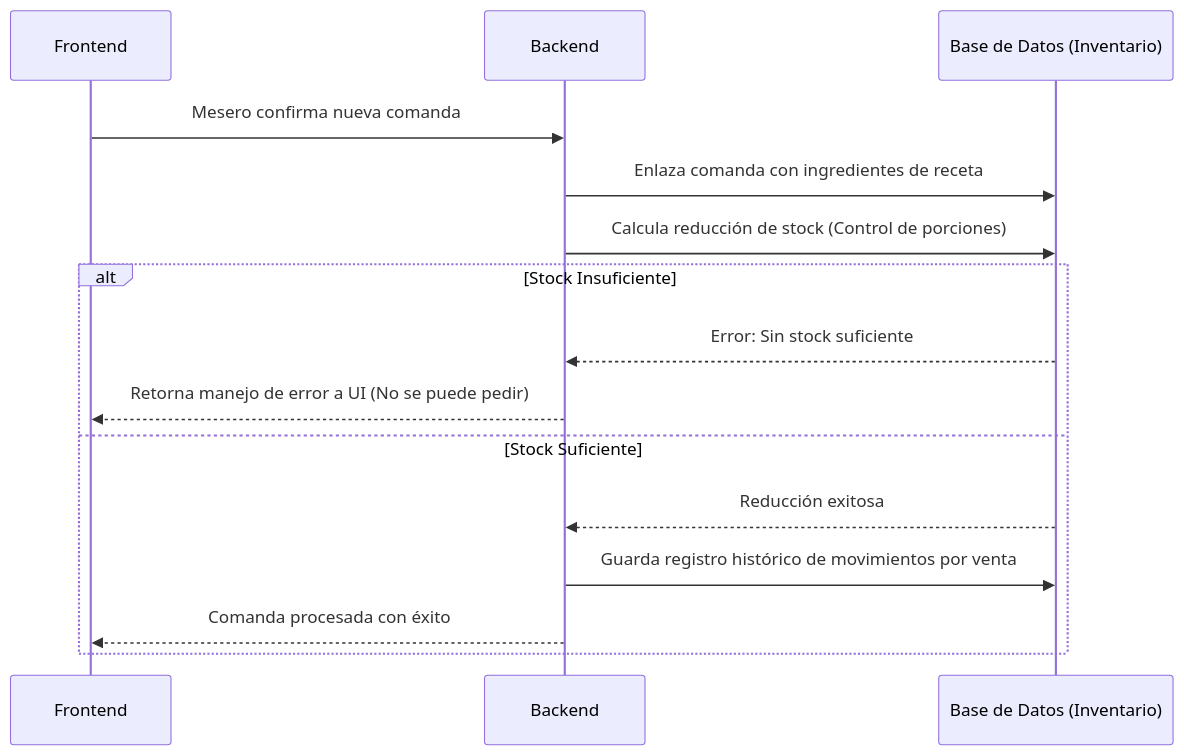
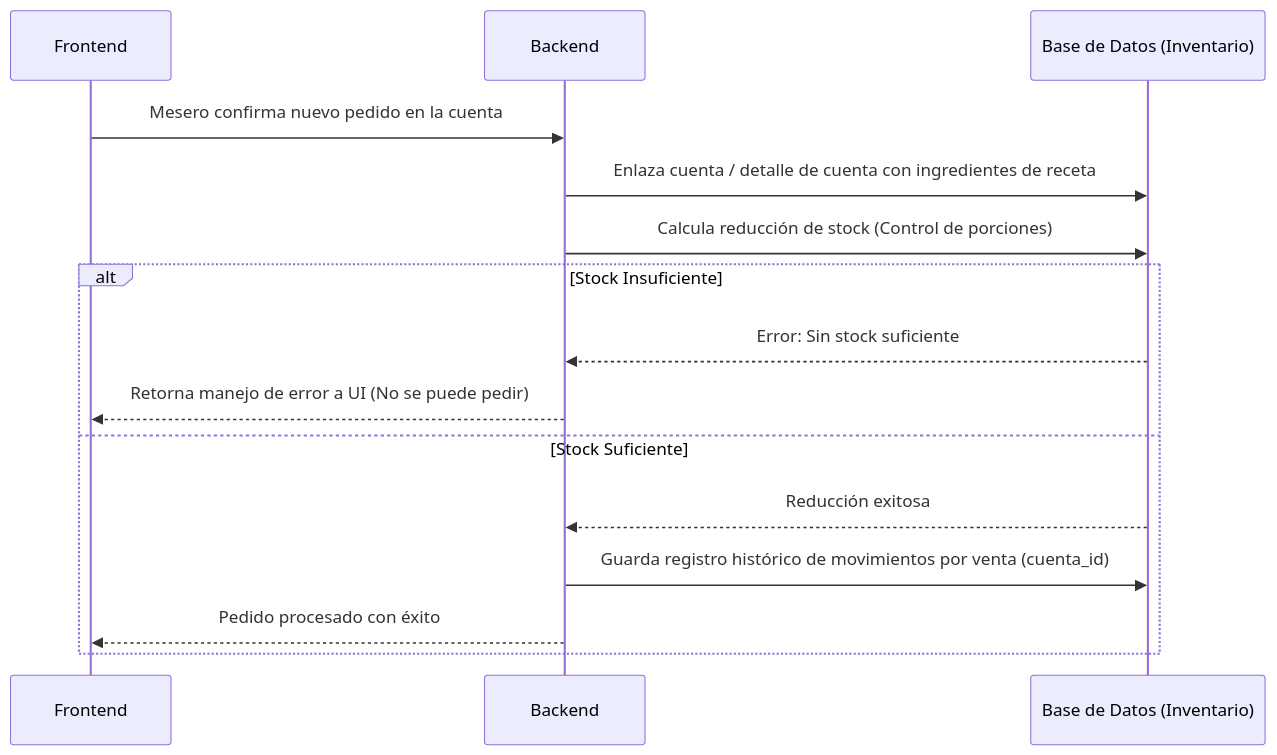
Before and after one commit to C3-IS0289-2026/Restaurante-Avanzado: the tenth of 11 diagrams in Documentos/Diagramas_Historias_Usuario.md, drawn with Mermaid. The commit also changed other lines of this file and 19 other files, not shown here.

First line of the commit message:
refactor(db,domain,docs): unificar lenguaje ubicuo en cuenta y estado_detalle_cuenta

````diff
--- a/Documentos/Diagramas_Historias_Usuario.md
+++ b/Documentos/Diagramas_Historias_Usuario.md
@@ -193,18 +193,18 @@
 ```mermaid
 sequenceDiagram
     participant UI as Frontend
     participant Backend
     participant BD as Base de Datos (Inventario)
 
-    UI->>Backend: Mesero confirma nueva comanda
-    Backend->>BD: Enlaza comanda con ingredientes de receta
+    UI->>Backend: Mesero confirma nuevo pedido en la cuenta
+    Backend->>BD: Enlaza cuenta / detalle de cuenta con ingredientes de receta
     Backend->>BD: Calcula reducción de stock (Control de porciones)
     alt Stock Insuficiente
         BD-->>Backend: Error: Sin stock suficiente
         Backend-->>UI: Retorna manejo de error a UI (No se puede pedir)
     else Stock Suficiente
         BD-->>Backend: Reducción exitosa
-        Backend->>BD: Guarda registro histórico de movimientos por venta
-        Backend-->>UI: Comanda procesada con éxito
+        Backend->>BD: Guarda registro histórico de movimientos por venta (cuenta_id)
+        Backend-->>UI: Pedido procesado con éxito
     end
 ```
````
